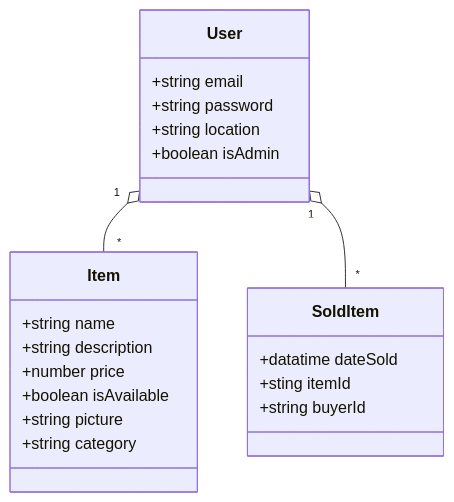
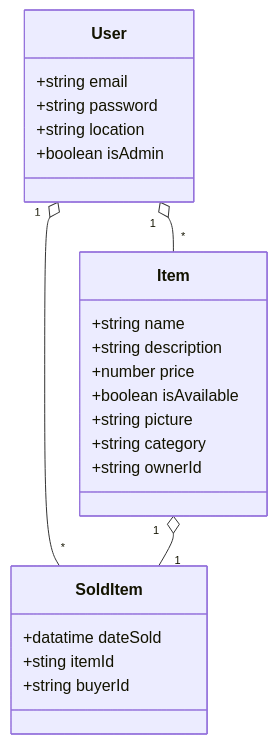
One commit to walletpop/walletpop-backend changed the diagram in uml/classDiagram.mmd. Above: the diagram before and after it, drawn with Mermaid.

Commit message:
Update classDiagram.

```diff
--- a/uml/classDiagram.mmd
+++ b/uml/classDiagram.mmd
@@ -1,25 +1,27 @@
 classDiagram
     User "1" o-- "*" Item
     User "1" o-- "*" SoldItem
+    Item "1" o-- "1" SoldItem
 
     class Item {
         +string name
         +string description
         +number price
         +boolean isAvailable
         +string picture
         +string category
+        +string ownerId
     }
 
     class User {
         +string email
         +string password
         +string location
         +boolean isAdmin
     }
 
     class SoldItem {
         +datatime dateSold
         +sting itemId
         +string buyerId
     }
```
